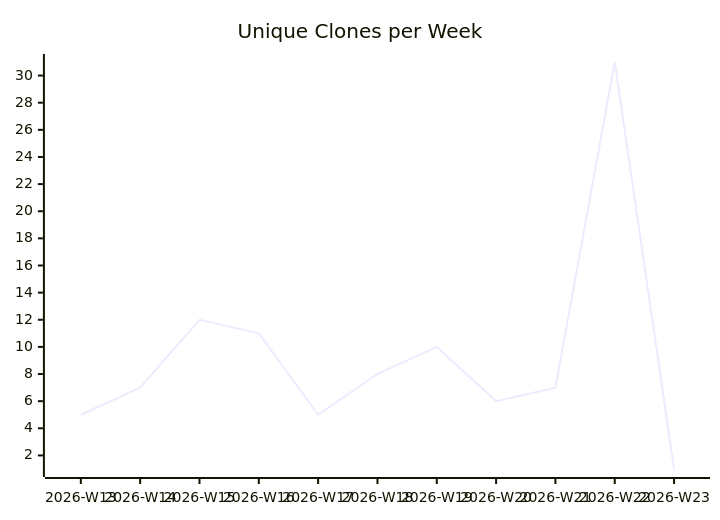
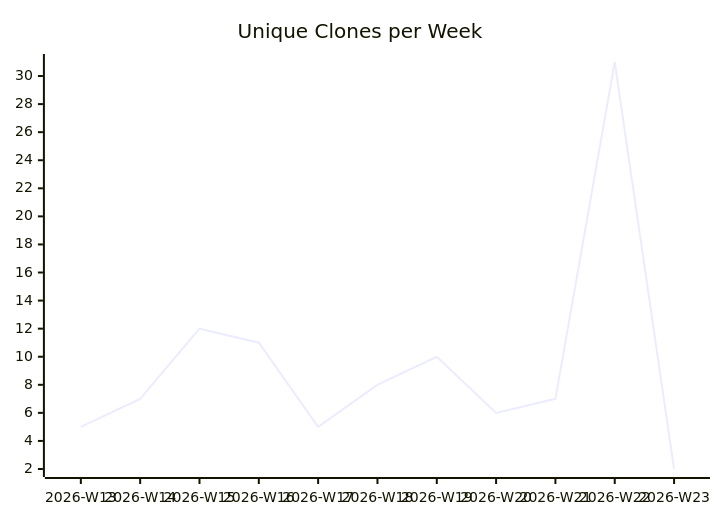
One commit to justdavis-family/github-analytics-data changed the third of 3 diagrams in karlmdavis/fhir-benchmarks/README.md. Above: the diagram before and after it, drawn with Mermaid. The commit also changed other lines of this file and 188 other files, not shown here.

````diff
--- a/karlmdavis/fhir-benchmarks/README.md
+++ b/karlmdavis/fhir-benchmarks/README.md
@@ -19,6 +19,6 @@
 ```mermaid
 xychart-beta
   title "Unique Clones per Week"
   x-axis ["2026-W13", "2026-W14", "2026-W15", "2026-W16", "2026-W17", "2026-W18", "2026-W19", "2026-W20", "2026-W21", "2026-W22", "2026-W23"]
-  line [5, 7, 12, 11, 5, 8, 10, 6, 7, 31, 1]
+  line [5, 7, 12, 11, 5, 8, 10, 6, 7, 31, 2]
 ```
````
